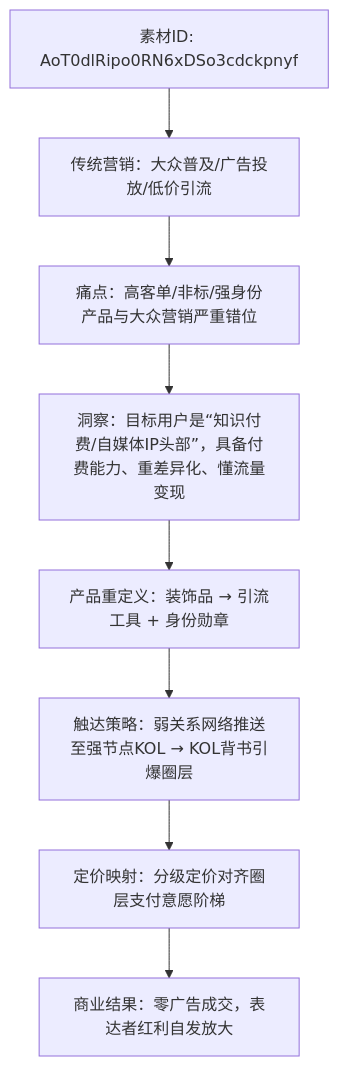
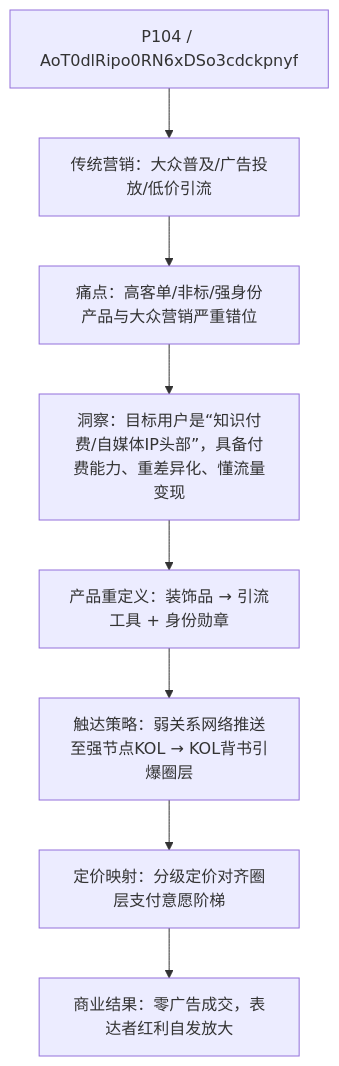
One commit to OpenDocCN1/flygon-zhuanqian-zhoubao changed the seventh of 8 diagrams in docs/202303_paper2textbook/chapter_059.md. Above: the diagram before and after it, drawn with Mermaid. The commit also changed other lines of this file and 2 other files, not shown here.

````diff
--- a/docs/202303_paper2textbook/chapter_059.md
+++ b/docs/202303_paper2textbook/chapter_059.md
@@ -292,10 +328,10 @@
 ```mermaid
 graph TD
-    P104[素材ID: AoT0dlRipo0RN6xDSo3cdckpnyf] --> Start[传统营销：大众普及/广告投放/低价引流]
+    P104[P104 / AoT0dlRipo0RN6xDSo3cdckpnyf] --> Start[传统营销：大众普及/广告投放/低价引流]
     Start --> P1[痛点：高客单/非标/强身份产品与大众营销严重错位]
     P1 --> P2[洞察：目标用户是“知识付费/自媒体IP头部”，具备付费能力、重差异化、懂流量变现]
     P2 --> P3[产品重定义：装饰品 → 引流工具 + 身份勋章]
     P3 --> P4[触达策略：弱关系网络推送至强节点KOL → KOL背书引爆圈层]
     P4 --> P5[定价映射：分级定价对齐圈层支付意愿阶梯]
     P5 --> End[商业结果：零广告成交，表达者红利自发放大]
 ```
````
